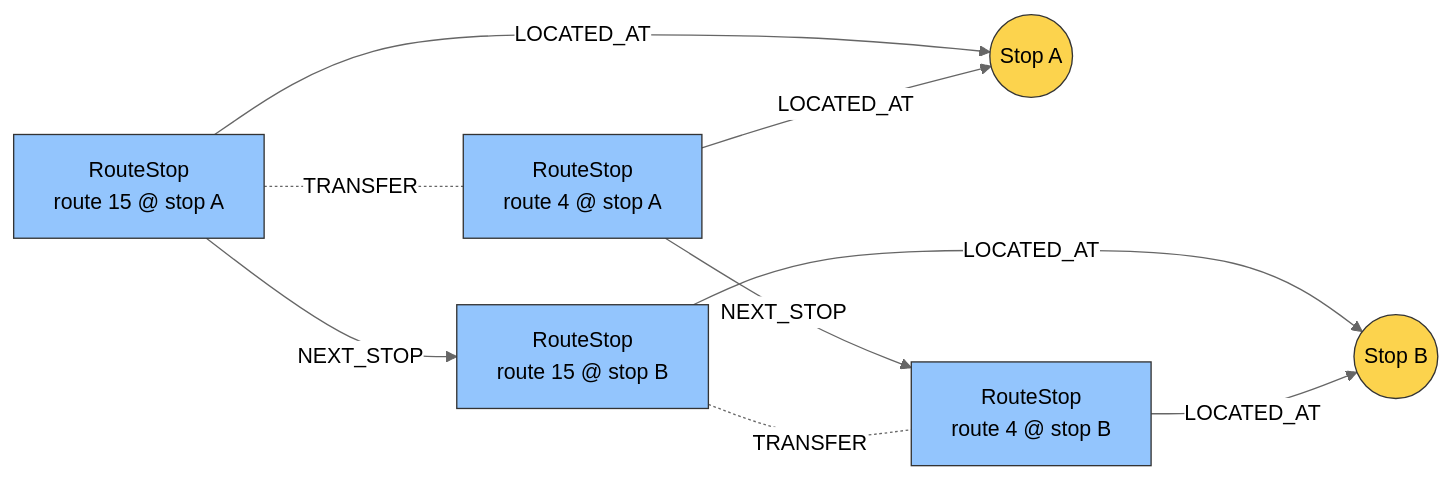
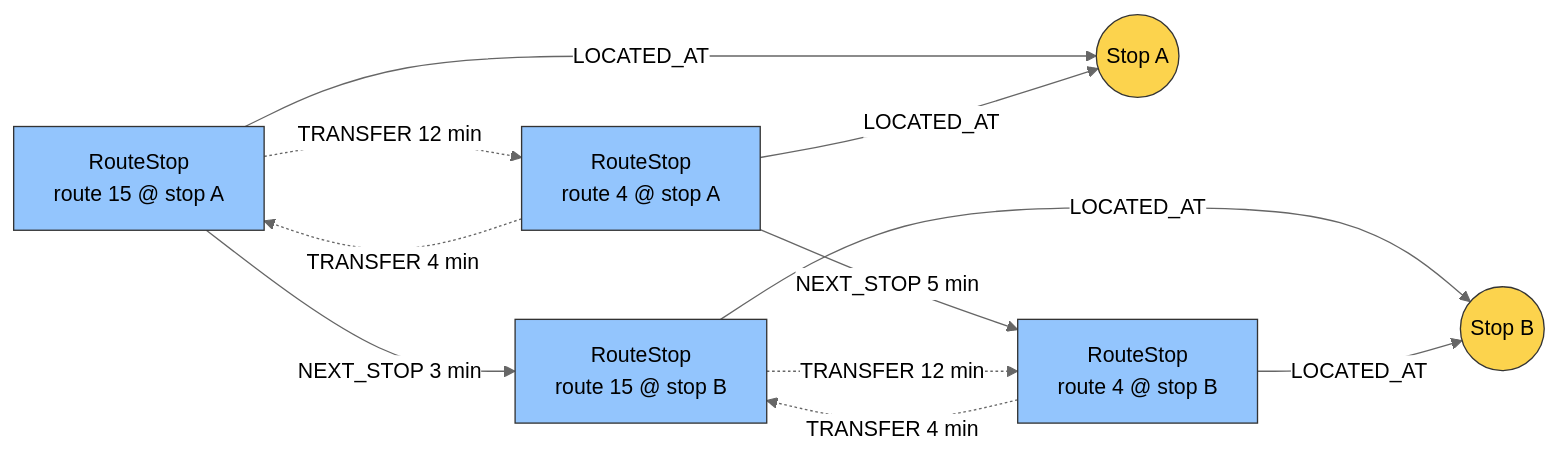
Before and after one commit to tomob/transport-graph: the diagram in docs/graph-design.md, drawn with Mermaid (neutral theme). The commit also changed other lines of this file, not shown here.

Commit message:
Fix graph design (TRANSFER edger are directional)

````diff
--- a/docs/graph-design.md
+++ b/docs/graph-design.md
@@ -58,24 +62,26 @@
 ```mermaid
 graph LR
     STOP_A(("Stop A")):::stop
     STOP_B(("Stop B")):::stop
 
     RS_15_A["RouteStop<br/>route 15 @ stop A"]:::routestop
     RS_15_B["RouteStop<br/>route 15 @ stop B"]:::routestop
     RS_4_A["RouteStop<br/>route 4 @ stop A"]:::routestop
     RS_4_B["RouteStop<br/>route 4 @ stop B"]:::routestop
 
     RS_15_A -- LOCATED_AT --> STOP_A
     RS_15_B -- LOCATED_AT --> STOP_B
     RS_4_A -- LOCATED_AT --> STOP_A
     RS_4_B -- LOCATED_AT --> STOP_B
 
-    RS_15_A -- NEXT_STOP --> RS_15_B
-    RS_4_A -- NEXT_STOP --> RS_4_B
+    RS_15_A -- "NEXT_STOP 3 min" --> RS_15_B
+    RS_4_A -- "NEXT_STOP 5 min" --> RS_4_B
 
-    RS_15_A -. TRANSFER .- RS_4_A
-    RS_15_B -. TRANSFER .- RS_4_B
+    RS_15_A -. "TRANSFER 12 min" .-> RS_4_A
+    RS_4_A -. "TRANSFER 4 min" .-> RS_15_A
+    RS_15_B -. "TRANSFER 12 min" .-> RS_4_B
+    RS_4_B -. "TRANSFER 4 min" .-> RS_15_B
 
     classDef stop fill:#fcd34d,stroke:#333
     classDef routestop fill:#93c5fd,stroke:#333
 ```
````
